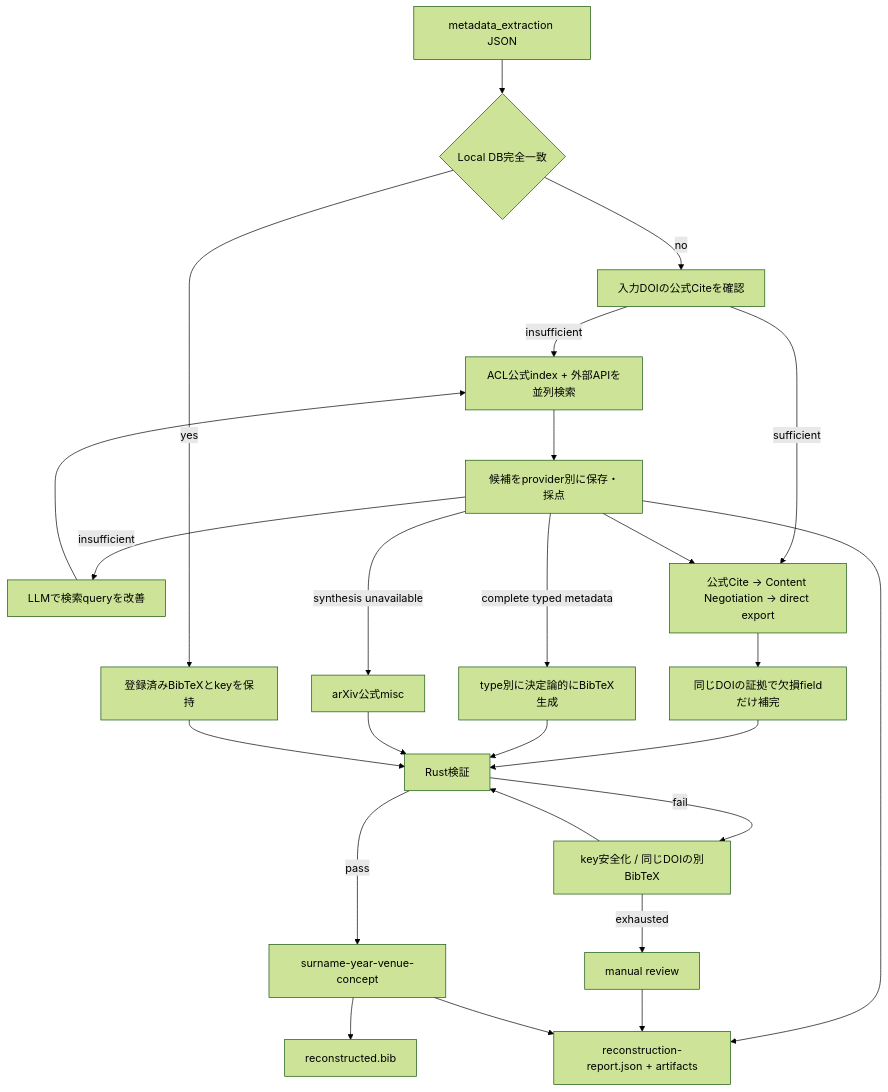
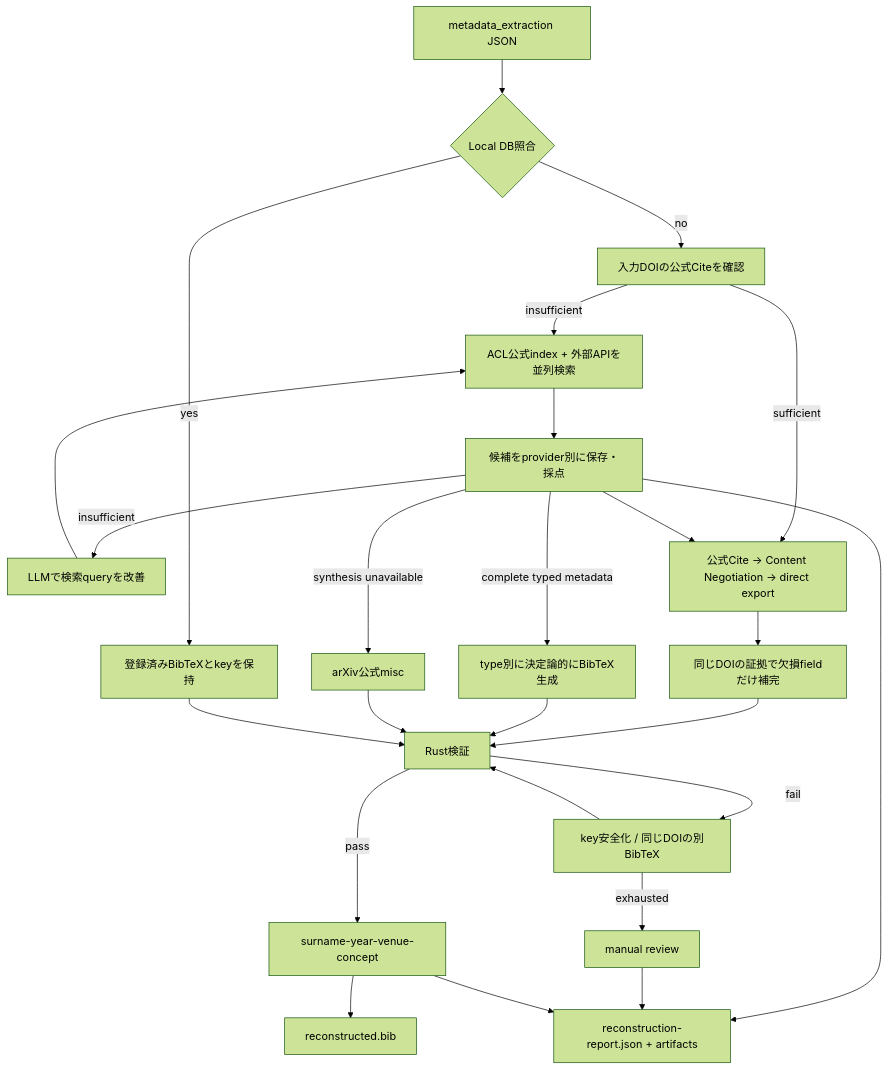
The diagram in pipeline/bibtex_reconstruction/README.md (EhimeNLP/bibmgr), drawn with Mermaid (forest theme) before and after one commit. The commit also changed other lines of this file and 1 other file, not shown here.

Commit message:
docs: clarify local database matching

````diff
--- a/pipeline/bibtex_reconstruction/README.md
+++ b/pipeline/bibtex_reconstruction/README.md
@@ -7,27 +7,27 @@
 ```mermaid
 flowchart TD
-    IN[metadata_extraction JSON] --> LOCAL{Local DB完全一致}
+    IN[metadata_extraction JSON] --> LOCAL{Local DB照合}
     LOCAL -- yes --> KEEP[登録済みBibTeXとkeyを保持]
     LOCAL -- no --> DOI[入力DOIの公式Citeを確認]
     DOI -- insufficient --> SEARCH[ACL公式index + 外部APIを並列検索]
     SEARCH --> CAND[候補をprovider別に保存・採点]
     CAND -- insufficient --> QUERY[LLMで検索queryを改善]
     QUERY --> SEARCH
     DOI -- sufficient --> SELECT[公式Cite → Content Negotiation → direct export]
     CAND --> SELECT
     CAND -- complete typed metadata --> SYNTH[type別に決定論的にBibTeX生成]
     CAND -- synthesis unavailable --> ARXIV[arXiv公式misc]
     SELECT --> FILL[同じDOIの証拠で欠損fieldだけ補完]
     FILL --> RUST[Rust検証]
     SYNTH --> RUST
     ARXIV --> RUST
     KEEP --> RUST
     RUST -- fail --> FALLBACK[key安全化 / 同じDOIの別BibTeX]
     FALLBACK --> RUST
     FALLBACK -- exhausted --> REVIEW[manual review]
     RUST -- pass --> KEY[surname-year-venue-concept]
     KEY --> BIB[reconstructed.bib]
     CAND --> REPORT[reconstruction-report.json + artifacts]
     REVIEW --> REPORT
     KEY --> REPORT
 ```
````
